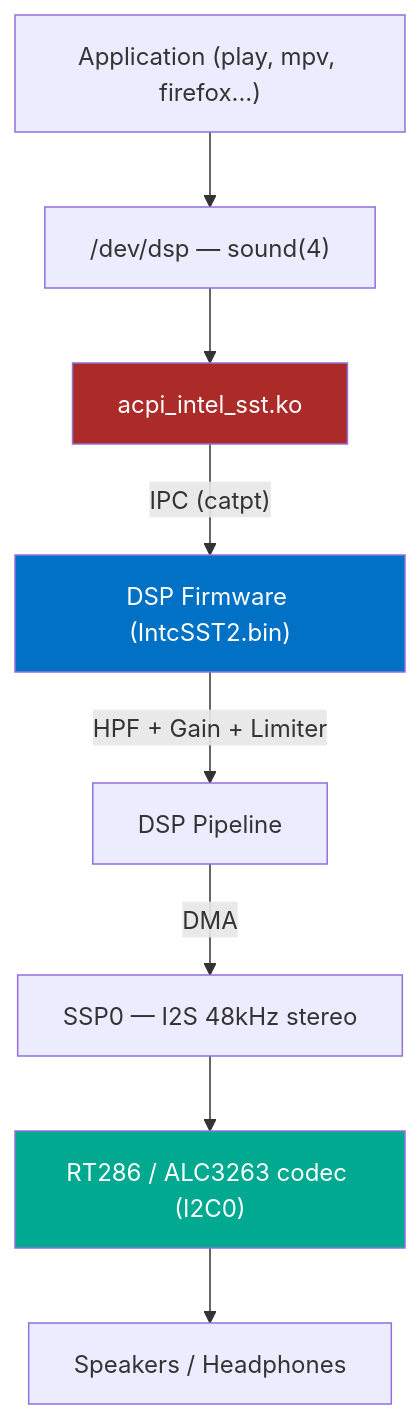
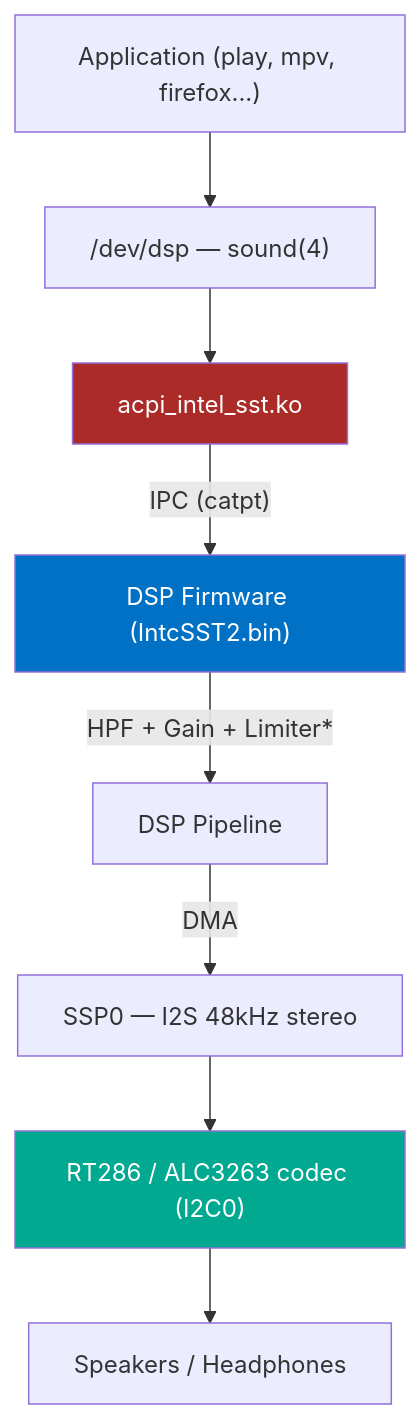
The diagram in README.md (spagu/acpi_intel_sst), drawn with Mermaid before and after one commit. The commit also changed other lines of this file, not shown here.

````diff
--- a/README.md
+++ b/README.md
@@ -30,14 +30,14 @@
 ```mermaid
 graph TD
     A["Application (play, mpv, firefox...)"] --> B["/dev/dsp — sound(4)"]
     B --> C["acpi_intel_sst.ko"]
     C -->|"IPC (catpt)"| D["DSP Firmware (IntcSST2.bin)"]
-    D -->|"HPF + Gain + Limiter"| D2["DSP Pipeline"]
+    D -->|"HPF + Gain + Limiter*"| D2["DSP Pipeline"]
     D2 -->|"DMA"| E["SSP0 — I2S 48kHz stereo"]
     E --> F["RT286 / ALC3263 codec (I2C0)"]
     F --> G["Speakers / Headphones"]
 
     style C fill:#AB2B28,color:#fff
     style D fill:#0071C5,color:#fff
     style F fill:#00A98F,color:#fff
 ```
````
